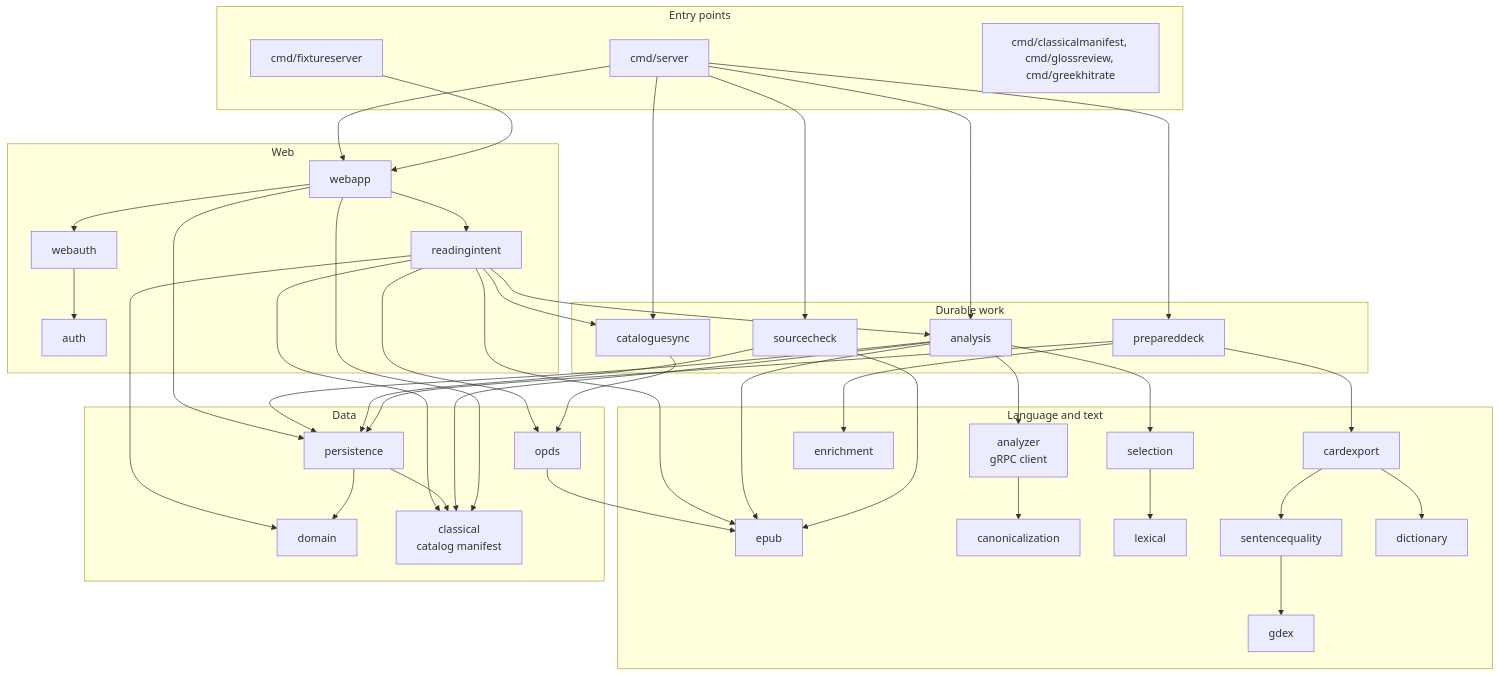
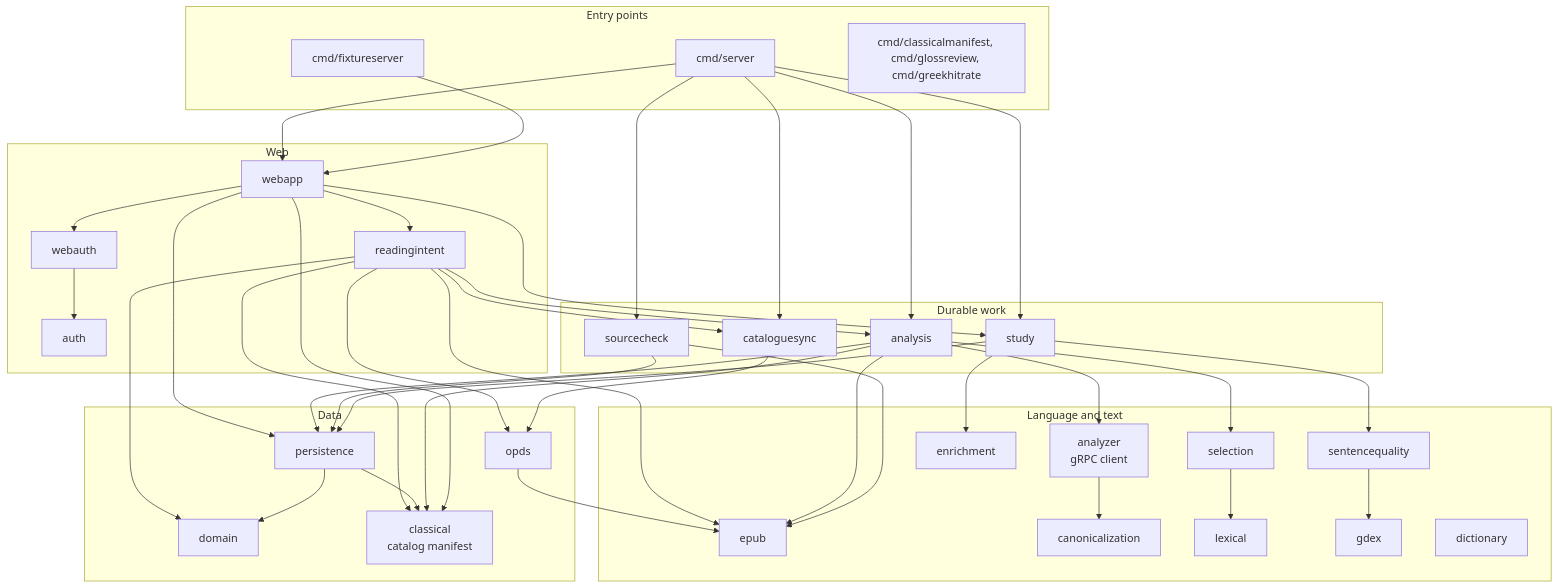
The sixth of 6 diagrams in ARCHITECTURE.md (justin-hayes/mouseion), drawn with Mermaid before and after one commit. The commit also changed other lines of this file, not shown here.

Commit message:
docs(architecture): describe the Study pipeline in place of the deck pipeline

````diff
--- a/ARCHITECTURE.md
+++ b/ARCHITECTURE.md
@@ -413,57 +306,56 @@
 ```mermaid
 flowchart TB
     subgraph entry[Entry points]
         server[cmd/server]
         fixture[cmd/fixtureserver]
         tools[cmd/classicalmanifest, cmd/glossreview, cmd/greekhitrate]
     end
     subgraph web[Web]
         webapp[webapp]
         readingintent[readingintent]
         webauth[webauth]
         auth[auth]
     end
     subgraph jobs[Durable work]
         analysis[analysis]
         cataloguesync[cataloguesync]
-        prepareddeck[prepareddeck]
+        study[study]
         sourcecheck[sourcecheck]
     end
     subgraph lang[Language and text]
         epub[epub]
         analyzer[analyzer<br/>gRPC client]
         canonicalization[canonicalization]
         selection[selection]
         lexical[lexical]
         gdex[gdex]
         sentencequality[sentencequality]
         dictionary[dictionary]
         enrichment[enrichment]
-        cardexport[cardexport]
     end
     subgraph data[Data]
         domain[domain]
         persistence[persistence]
         classical[classical<br/>catalog manifest]
         opds[opds]
     end
-    server --> webapp & analysis & cataloguesync & prepareddeck & sourcecheck
+    server --> webapp & analysis & cataloguesync & study & sourcecheck
     fixture --> webapp
     webapp --> webauth --> auth
     webapp --> persistence
     webapp --> readingintent
     readingintent --> analysis & cataloguesync & classical & domain
     readingintent --> opds & epub
     analysis --> epub & analyzer & selection & persistence
     sourcecheck --> epub & persistence
     cataloguesync --> opds --> epub
-    prepareddeck --> cardexport & enrichment & persistence
-    cardexport --> sentencequality & dictionary
+    webapp --> study
+    study --> enrichment & sentencequality & persistence
     sentencequality --> gdex
     selection --> lexical
     analyzer --> canonicalization
     persistence --> domain
     persistence --> classical
     analysis --> classical
     webapp --> classical
 ```
````
